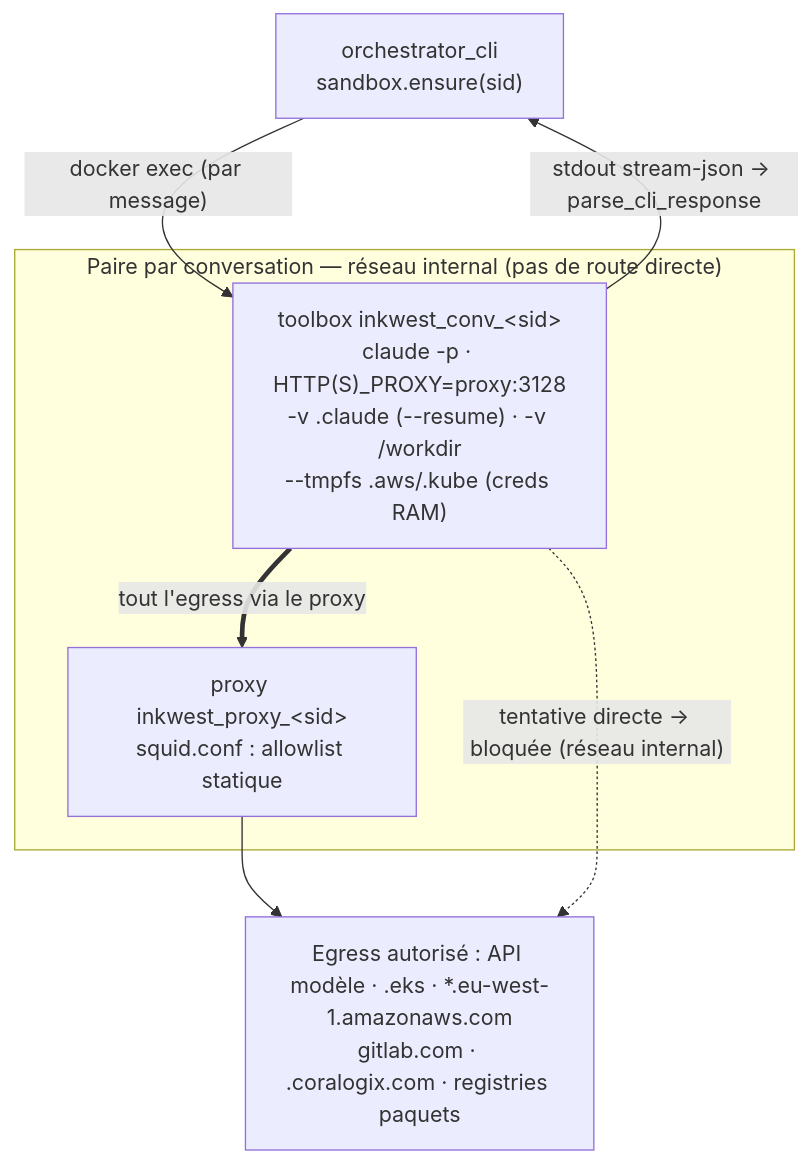
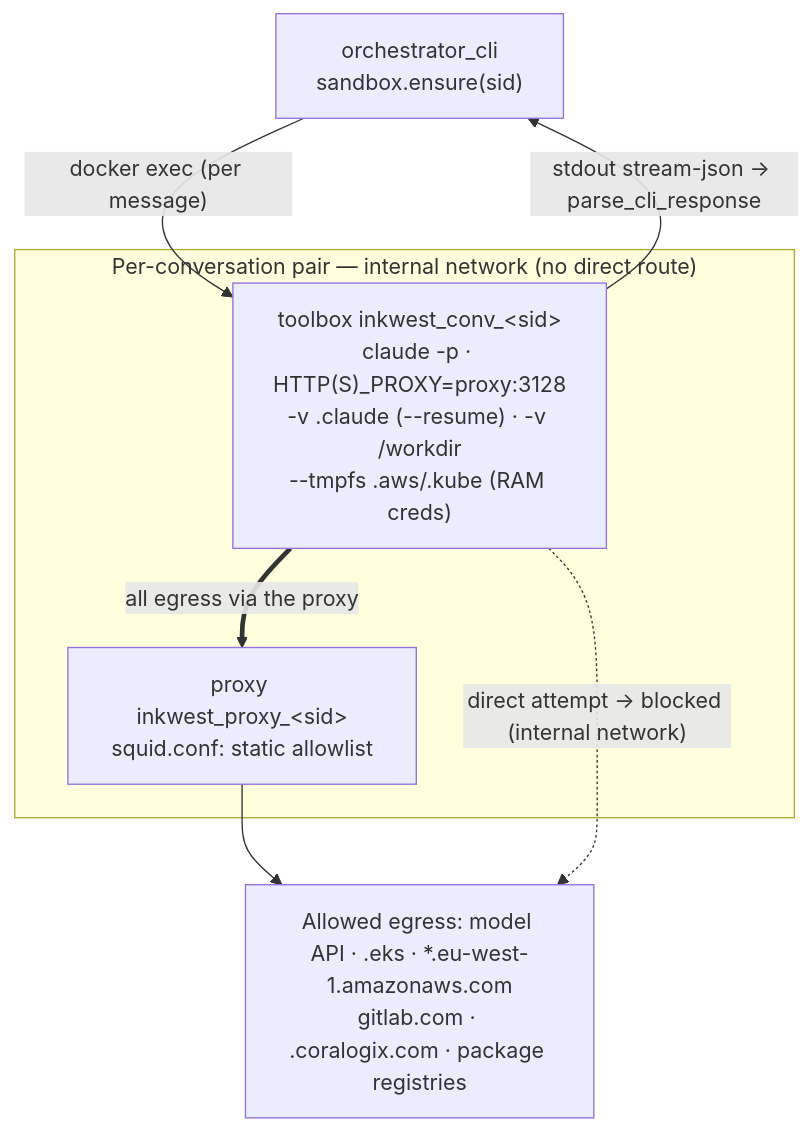
The fourth of 4 diagrams in docs/ARCHITECTURE_FLOW.md (inkwest/inkwest), drawn with Mermaid before and after one commit. The commit also changed other lines of this file and 6 other files, not shown here.

````diff
--- a/docs/ARCHITECTURE_FLOW.md
+++ b/docs/ARCHITECTURE_FLOW.md
@@ -121,13 +121,13 @@
 ```mermaid
 flowchart TD
-    ORCH["orchestrator_cli<br/>sandbox.ensure(sid)"] -->|"docker exec (par message)"| CONV
-    subgraph PAIR["Paire par conversation — réseau internal (pas de route directe)"]
-      CONV["toolbox inkwest_conv_&lt;sid&gt;<br/>claude -p · HTTP(S)_PROXY=proxy:3128<br/>-v .claude (--resume) · -v /workdir<br/>--tmpfs .aws/.kube (creds RAM)"]
-      PROXY["proxy inkwest_proxy_&lt;sid&gt;<br/>squid.conf : allowlist statique"]
+    ORCH["orchestrator_cli<br/>sandbox.ensure(sid)"] -->|"docker exec (per message)"| CONV
+    subgraph PAIR["Per-conversation pair — internal network (no direct route)"]
+      CONV["toolbox inkwest_conv_&lt;sid&gt;<br/>claude -p · HTTP(S)_PROXY=proxy:3128<br/>-v .claude (--resume) · -v /workdir<br/>--tmpfs .aws/.kube (RAM creds)"]
+      PROXY["proxy inkwest_proxy_&lt;sid&gt;<br/>squid.conf: static allowlist"]
     end
-    EXT["Egress autorisé : API modèle · .eks · *.eu-west-1.amazonaws.com<br/>gitlab.com · .coralogix.com · registries paquets"]
+    EXT["Allowed egress: model API · .eks · *.eu-west-1.amazonaws.com<br/>gitlab.com · .coralogix.com · package registries"]
     CONV -->|"stdout stream-json → parse_cli_response"| ORCH
-    CONV ==>|"tout l'egress via le proxy"| PROXY
+    CONV ==>|"all egress via the proxy"| PROXY
     PROXY --> EXT
-    CONV -. "tentative directe → bloquée (réseau internal)" .-> EXT
+    CONV -. "direct attempt → blocked (internal network)" .-> EXT
 ```
````
